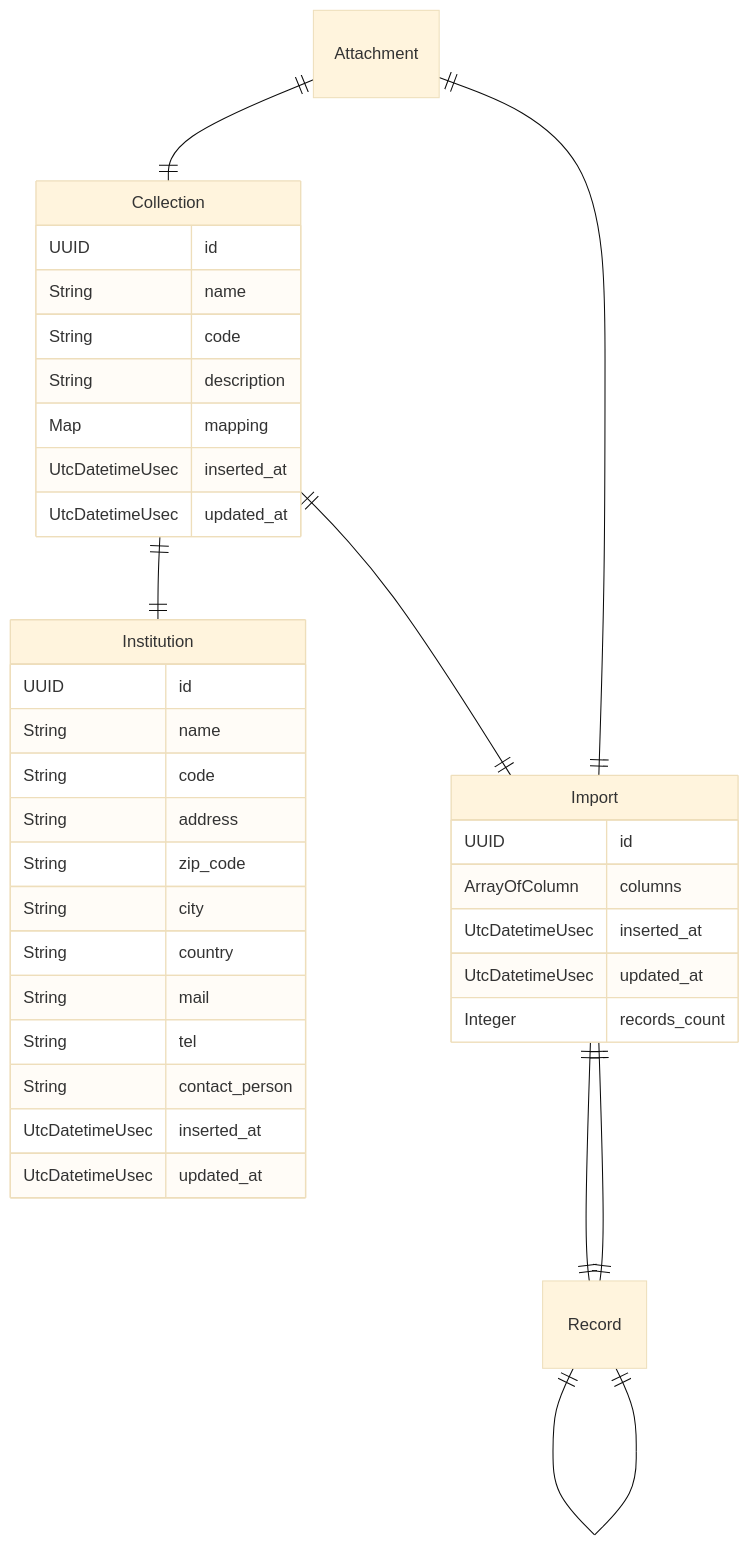
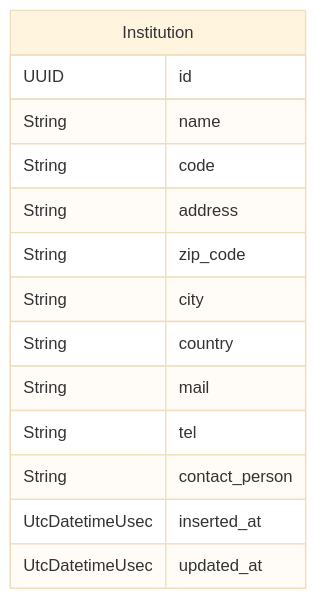
The second of 8 diagrams in docs/api.md (zebbra/data_aggregator), drawn with Mermaid (base theme) before and after one commit. The commit also changed other lines of this file and 87 other files, not shown here.

````diff
--- a/docs/api.md
+++ b/docs/api.md
@@ -80,44 +31,17 @@
 ```mermaid
 erDiagram
     Institution {
         UUID id
         String name
         String code
         String address
         String zip_code
         String city
         String country
         String mail
         String tel
         String contact_person
         UtcDatetimeUsec inserted_at
         UtcDatetimeUsec updated_at
     }
-    Collection {
-        UUID id
-        String name
-        String code
-        String description
-        Map mapping
-        UtcDatetimeUsec inserted_at
-        UtcDatetimeUsec updated_at
-    }
-    Import {
-        UUID id
-        ArrayOfColumn columns
-        UtcDatetimeUsec inserted_at
-        UtcDatetimeUsec updated_at
-        Integer records_count
-    }
-    Record {
-
-    }
-
-    Record ||--|| Import : ""
-    Record ||--|| Record : ""
-    Attachment ||--|| Collection : ""
-    Attachment ||--|| Import : ""
-    Collection ||--|| Import : ""
-    Collection ||--|| Institution : ""
-    Import ||--|| Record : ""
 ```
````
